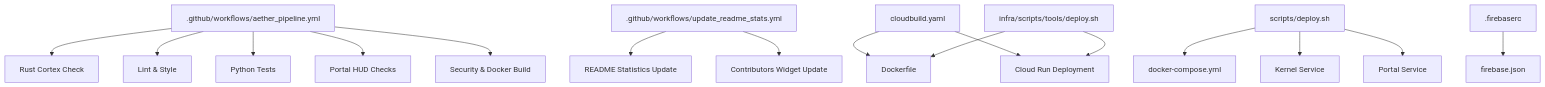
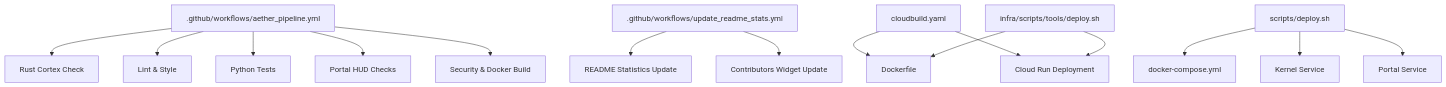
One commit to Moeabdelaziz007/Aether-Voice-OS changed the first of 8 diagrams in .qoder/repowiki/en/content/Deployment and Operations/CI_CD Pipeline and Automated Deployment.md. Above: the diagram before and after it, drawn with Mermaid. The commit also changed other lines of this file and 29 other files, not shown here.

````diff
--- a/.qoder/repowiki/en/content/Deployment and Operations/CI_CD Pipeline and Automated Deployment.md
+++ b/.qoder/repowiki/en/content/Deployment and Operations/CI_CD Pipeline and Automated Deployment.md
@@ -54,18 +47,17 @@
 ```mermaid
 graph TB
 GH[".github/workflows/aether_pipeline.yml"] --> STAGE1["Rust Cortex Check"]
 GH --> STAGE2["Lint & Style"]
 GH --> STAGE3["Python Tests"]
 GH --> STAGE4["Portal HUD Checks"]
 GH --> STAGE5["Security & Docker Build"]
 GH2[".github/workflows/update_readme_stats.yml"] --> STATS["README Statistics Update"]
 GH2 --> CONTRIB["Contributors Widget Update"]
 CB["cloudbuild.yaml"] --> DOCKER["Dockerfile"]
 CB --> CR["Cloud Run Deployment"]
 DS1["scripts/deploy.sh"] --> DC["docker-compose.yml"]
 DS1 --> KERN["Kernel Service"]
 DS1 --> PORTAL["Portal Service"]
 IDS["infra/scripts/tools/deploy.sh"] --> DOCKER
 IDS --> CR
-FB[".firebaserc"] --> FH["firebase.json"]
 ```
````
